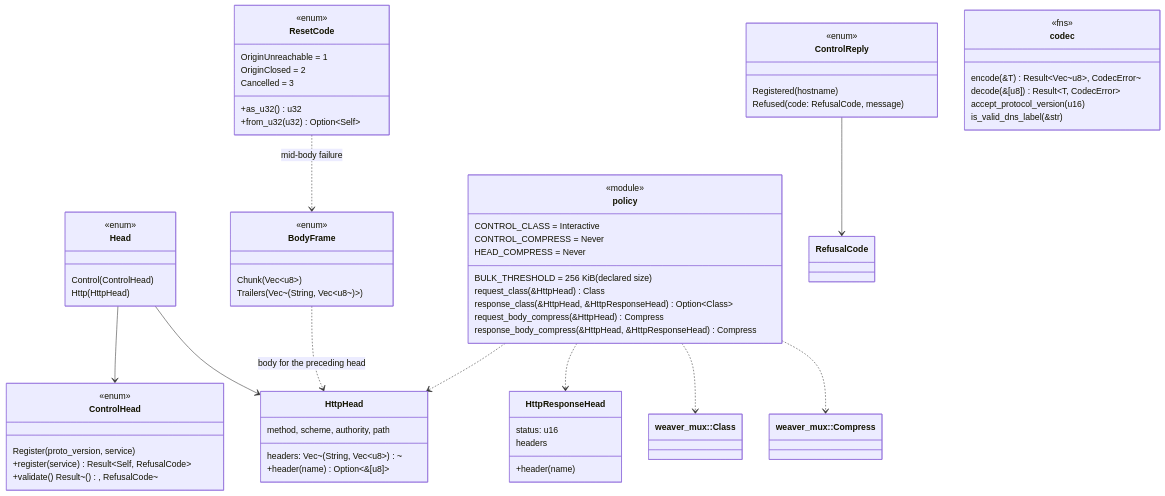
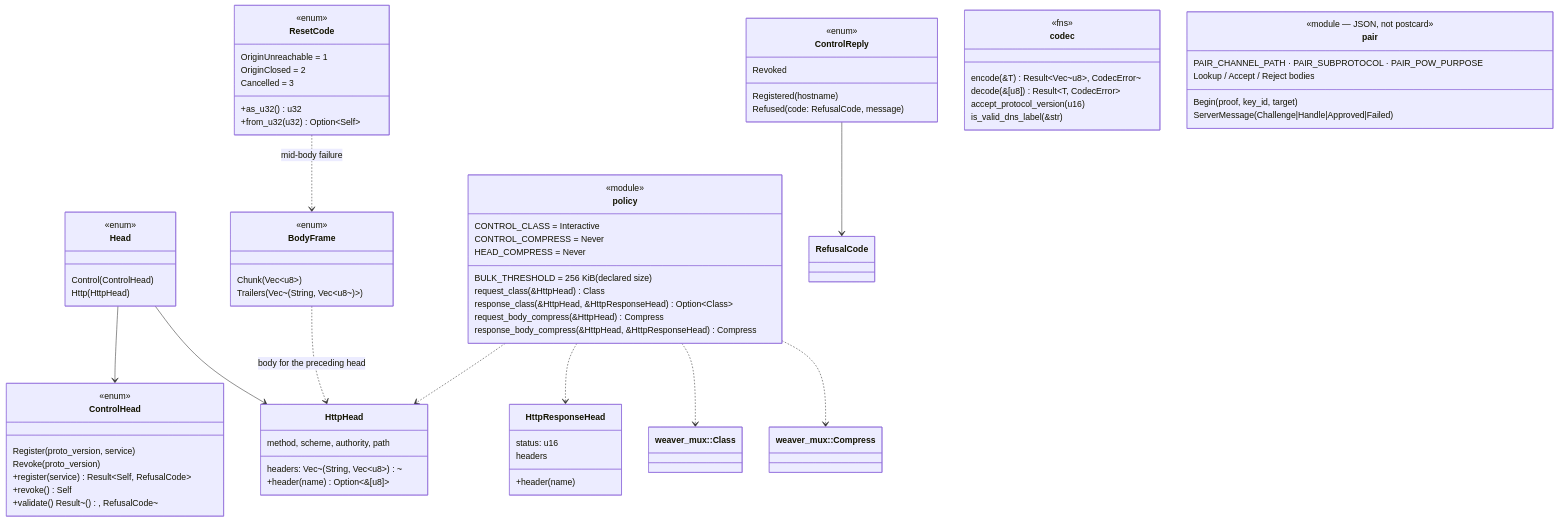
The eighth of 14 diagrams in docs/architecture.md (OffworldNexus/tunnel-weaver), drawn with Mermaid before and after one commit. The commit also changed other lines of this file and 12 other files, not shown here.

````diff
--- a/docs/architecture.md
+++ b/docs/architecture.md
@@ -307,71 +309,81 @@
 ```mermaid
 classDiagram
     class Head {
         <<enum>>
         Control(ControlHead)
         Http(HttpHead)
     }
     class ControlHead {
         <<enum>>
         Register(proto_version, service)
+        Revoke(proto_version)
         +register(service) Result~Self, RefusalCode~
+        +revoke() Self
         +validate() Result~(), RefusalCode~
     }
     class ControlReply {
         <<enum>>
         Registered(hostname)
         Refused(code: RefusalCode, message)
+        Revoked
     }
     class HttpHead {
         method, scheme, authority, path
         headers: Vec~(String, Vec~u8~)~
         +header(name) Option~&[u8]~
     }
     class HttpResponseHead {
         status: u16
         headers
         +header(name)
     }
     class BodyFrame {
         <<enum>>
         Chunk(Vec~u8~)
         Trailers(Vec~(String, Vec~u8~)~)
     }
     class ResetCode {
         <<enum>>
         OriginUnreachable = 1
         OriginClosed = 2
         Cancelled = 3
         +as_u32() u32
         +from_u32(u32) Option~Self~
     }
     class codec {
         <<fns>>
         encode(&T) Result~Vec~u8~, CodecError~
         decode(&[u8]) Result~T, CodecError~
         accept_protocol_version(u16)
         is_valid_dns_label(&str)
     }
     class policy {
         <<module>>
         CONTROL_CLASS = Interactive
         CONTROL_COMPRESS = Never
         HEAD_COMPRESS = Never
         BULK_THRESHOLD = 256 KiB (declared size)
         request_class(&HttpHead) Class
         response_class(&HttpHead, &HttpResponseHead) Option~Class~
         request_body_compress(&HttpHead) Compress
         response_body_compress(&HttpHead, &HttpResponseHead) Compress
     }
     Head --> ControlHead
     Head --> HttpHead
     ControlReply --> RefusalCode
     policy ..> HttpHead
     policy ..> HttpResponseHead
     BodyFrame ..> HttpHead : body for the preceding head
     ResetCode ..> BodyFrame : mid-body failure
+    class pair {
+        <<module — JSON, not postcard>>
+        PAIR_CHANNEL_PATH · PAIR_SUBPROTOCOL · PAIR_POW_PURPOSE
+        Begin(proof, key_id, target)
+        ServerMessage(Challenge|Handle|Approved|Failed)
+        Lookup / Accept / Reject bodies
+    }
     class mux_Class["weaver_mux::Class"]
     class mux_Compress["weaver_mux::Compress"]
     policy ..> mux_Class
     policy ..> mux_Compress
 ```
````
